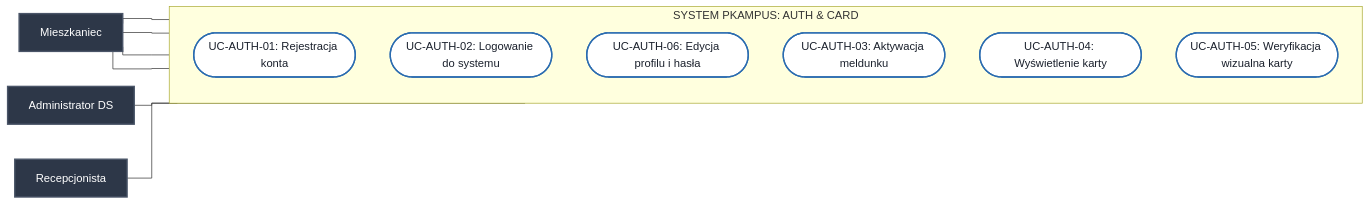
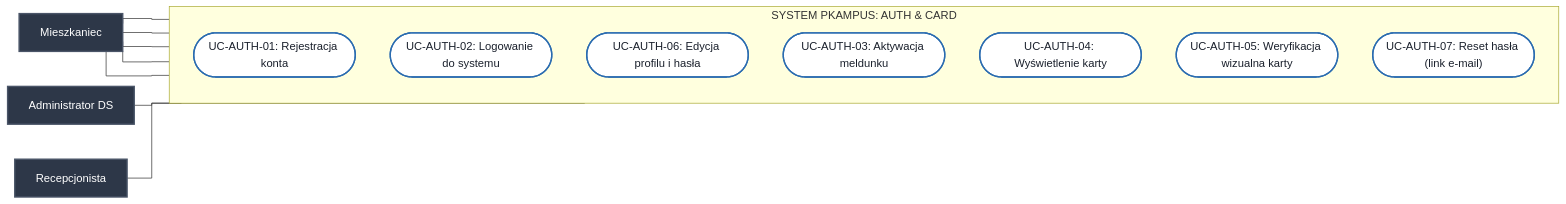
One commit to Buczy8/PKampus changed the second of 8 diagrams in Docs/Diagramy_Przypadkow_Uzycia.md. Above: the diagram before and after it, drawn with Mermaid. The commit also changed other lines of this file and 6 other files, not shown here.

Commit message:
docs: add password reset procedure and update related diagrams for PKampus system

````diff
--- a/Docs/Diagramy_Przypadkow_Uzycia.md
+++ b/Docs/Diagramy_Przypadkow_Uzycia.md
@@ -71,29 +71,31 @@
 ```mermaid
 %%{init: {'flowchart': {'curve': 'stepBefore'}}}%%
 flowchart LR
     classDef actorStyle fill:#2d3748,stroke:#4a5568,stroke-width:2px,color:#fff;
     classDef ucStyle fill:#fff,stroke:#2b6cb0,stroke-width:2px,color:#1a202c;
 
     Student["Mieszkaniec"]:::actorStyle
 
     subgraph System_Auth ["SYSTEM PKAMPUS: AUTH & CARD"]
         direction TB
         UC_AUTH_01(["UC-AUTH-01: Rejestracja konta"]):::ucStyle
         UC_AUTH_02(["UC-AUTH-02: Logowanie do systemu"]):::ucStyle
         UC_AUTH_06(["UC-AUTH-06: Edycja profilu i hasła"]):::ucStyle
         UC_AUTH_03(["UC-AUTH-03: Aktywacja meldunku"]):::ucStyle
         UC_AUTH_04(["UC-AUTH-04: Wyświetlenie karty"]):::ucStyle
         UC_AUTH_05(["UC-AUTH-05: Weryfikacja wizualna karty"]):::ucStyle
+        UC_AUTH_07(["UC-AUTH-07: Reset hasła (link e-mail)"]):::ucStyle
     end
 
     AdminDS["Administrator DS"]:::actorStyle
     Portier["Recepcjonista"]:::actorStyle
 
     Student --- UC_AUTH_01
     Student --- UC_AUTH_02
     Student --- UC_AUTH_06
     Student --- UC_AUTH_04
+    Student --- UC_AUTH_07
 
     AdminDS --- UC_AUTH_03
     Portier --- UC_AUTH_05
 ```
````
